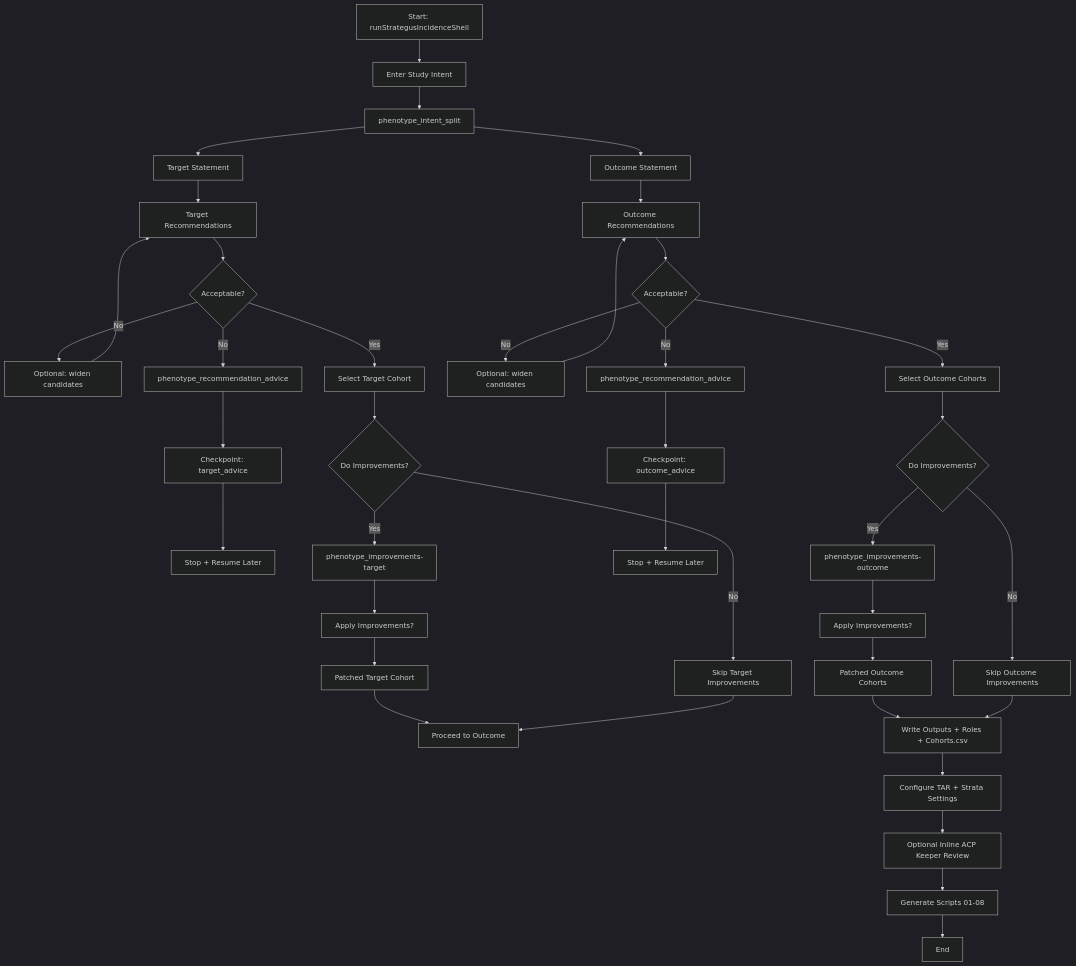
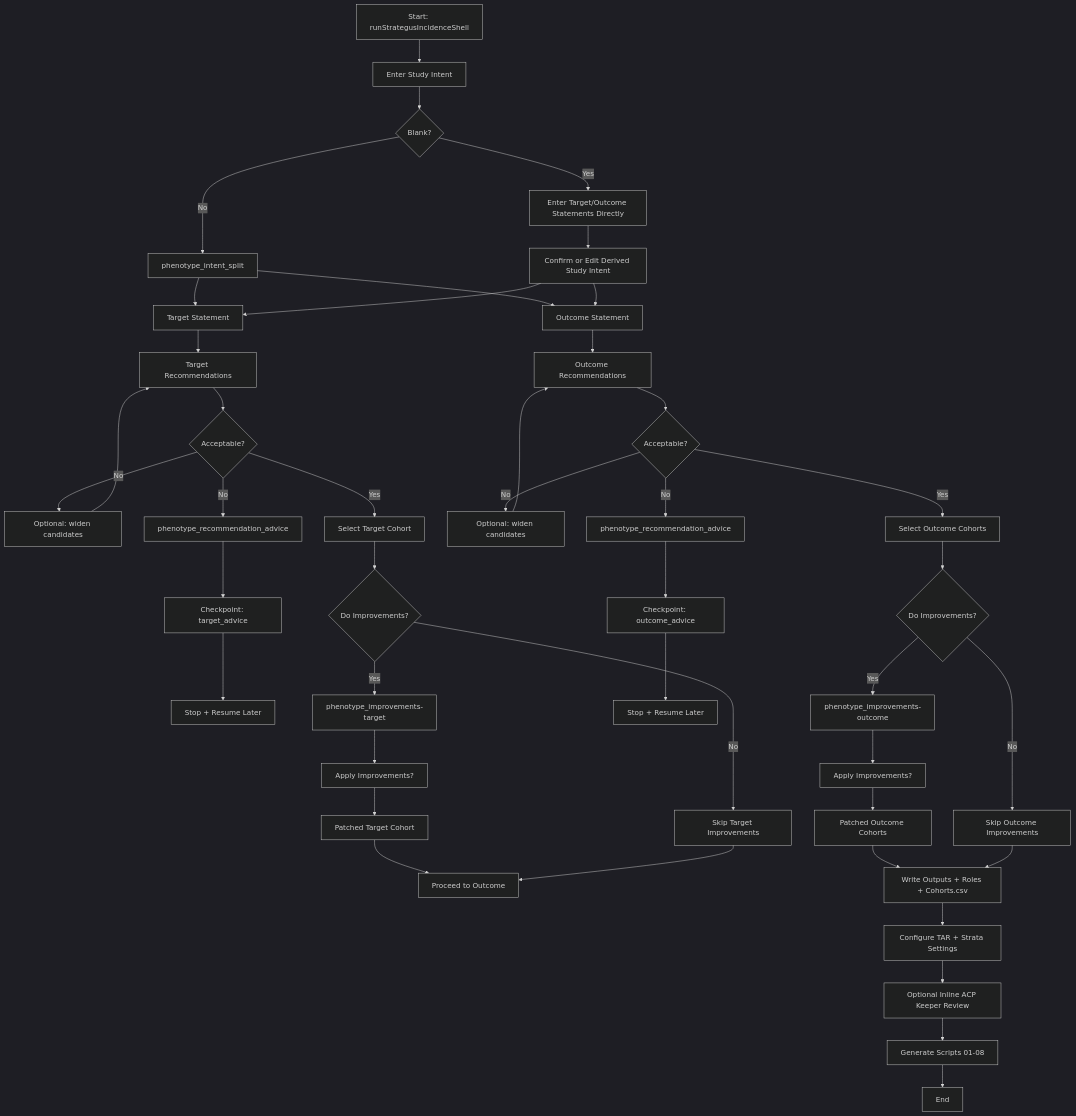
The first of 2 diagrams in docs/WORKFLOW_INCIDENCE.md (OHDSI/StudyAgent), drawn with Mermaid (dark theme) before and after one commit. The commit also changed other lines of this file and 12 other files, not shown here.

````diff
--- a/docs/WORKFLOW_INCIDENCE.md
+++ b/docs/WORKFLOW_INCIDENCE.md
@@ -9,44 +9,49 @@
 ```mermaid
 flowchart TD
   A[Start: runStrategusIncidenceShell] --> B[Enter Study Intent]
-  B --> C[phenotype_intent_split]
+  B --> B1{Blank?}
+  B1 -- No --> C[phenotype_intent_split]
+  B1 -- Yes --> C0[Enter Target/Outcome Statements Directly]
+  C0 --> C1[Confirm or Edit Derived Study Intent]
   C --> D[Target Statement]
   C --> E[Outcome Statement]
+  C1 --> D
+  C1 --> E
 
   D --> F[Target Recommendations]
   F --> G{Acceptable?}
   G -- No --> H[Optional: widen candidates]
   H --> F
   G -- No --> I[phenotype_recommendation_advice]
   I --> J[Checkpoint: target_advice]
   J --> K[Stop + Resume Later]
   G -- Yes --> L[Select Target Cohort]
   L --> M{Do Improvements?}
   M -- Yes --> N[phenotype_improvements-target]
   N --> O[Apply Improvements?]
   O --> P[Patched Target Cohort]
   M -- No --> Q[Skip Target Improvements]
   P --> R[Proceed to Outcome]
   Q --> R
 
   E --> S[Outcome Recommendations]
   S --> T{Acceptable?}
   T -- No --> U[Optional: widen candidates]
   U --> S
   T -- No --> V[phenotype_recommendation_advice]
   V --> W[Checkpoint: outcome_advice]
   W --> X[Stop + Resume Later]
   T -- Yes --> Y[Select Outcome Cohorts]
   Y --> Z{Do Improvements?}
   Z -- Yes --> AA[phenotype_improvements-outcome]
   AA --> AB[Apply Improvements?]
   AB --> AC[Patched Outcome Cohorts]
   Z -- No --> AD[Skip Outcome Improvements]
 
   AC --> AE[Write Outputs + Roles + Cohorts.csv]
   AD --> AE
   AE --> AF[Configure TAR + Strata Settings]
   AF --> AG[Optional Inline ACP Keeper Review]
   AG --> AH[Generate Scripts 01-08]
   AH --> AI[End]
 ```
````
